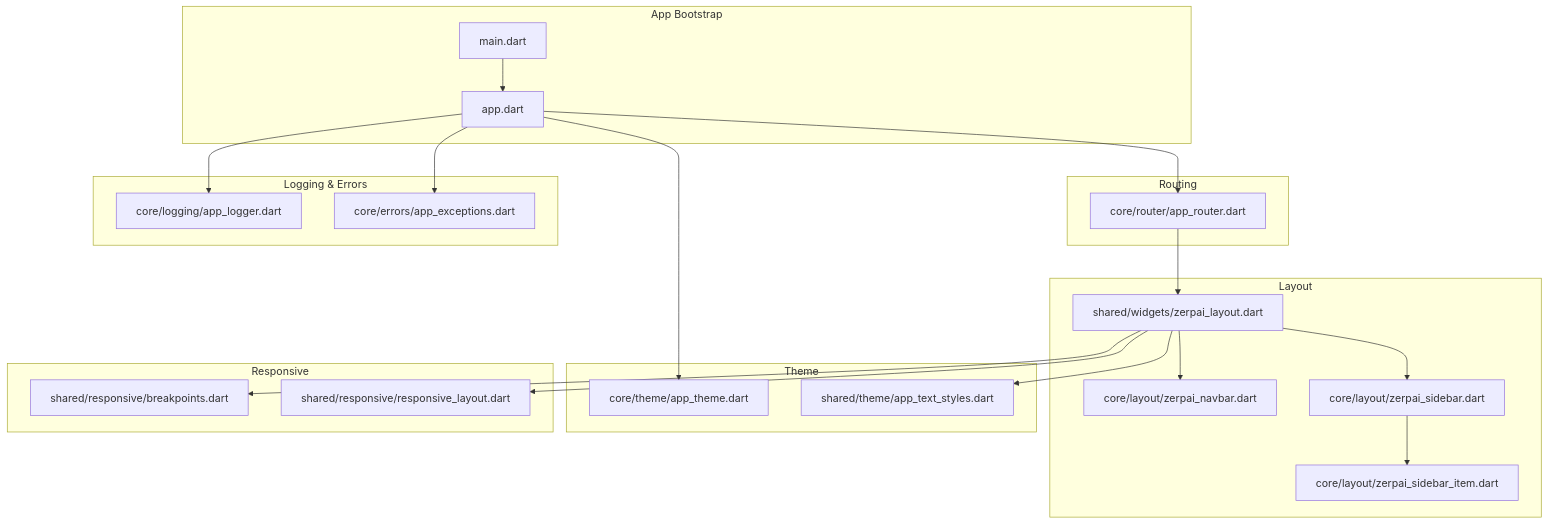
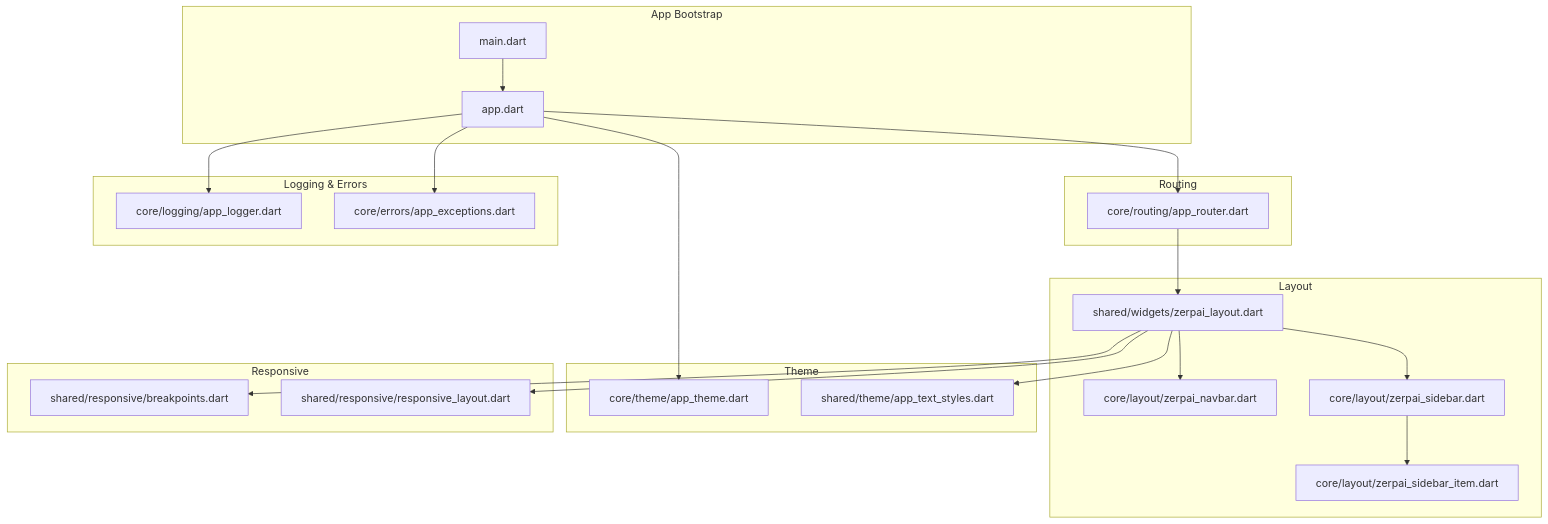
The first of 9 diagrams in repowiki/en/content/Frontend Development/Core Infrastructure.md (ARUNTHOMAS3/trans), drawn with Mermaid before and after one commit. The commit also changed 20 other files, not shown here.

Commit message:
feat: Add initial database schema, core settings pages, vendor management UI, and product requirements documentation.

````diff
--- a/repowiki/en/content/Frontend Development/Core Infrastructure.md
+++ b/repowiki/en/content/Frontend Development/Core Infrastructure.md
@@ -49,40 +49,40 @@
 ```mermaid
 graph TB
 subgraph "App Bootstrap"
 MAIN["main.dart"]
 APP["app.dart"]
 end
 subgraph "Routing"
-ROUTER["core/router/app_router.dart"]
+ROUTER["core/routing/app_router.dart"]
 end
 subgraph "Layout"
 LAYOUT["shared/widgets/zerpai_layout.dart"]
 NAVBAR["core/layout/zerpai_navbar.dart"]
 SIDEBAR["core/layout/zerpai_sidebar.dart"]
 SIDEBAR_ITEM["core/layout/zerpai_sidebar_item.dart"]
 end
 subgraph "Theme"
 THEME_CORE["core/theme/app_theme.dart"]
 THEME_SHARED["shared/theme/app_text_styles.dart"]
 end
 subgraph "Responsive"
 BP["shared/responsive/breakpoints.dart"]
 RL["shared/responsive/responsive_layout.dart"]
 end
 subgraph "Logging & Errors"
 LOGGER["core/logging/app_logger.dart"]
 EXC["core/errors/app_exceptions.dart"]
 end
 MAIN --> APP
 APP --> ROUTER
 ROUTER --> LAYOUT
 LAYOUT --> NAVBAR
 LAYOUT --> SIDEBAR
 SIDEBAR --> SIDEBAR_ITEM
 APP --> THEME_CORE
 LAYOUT --> THEME_SHARED
 LAYOUT --> BP
 LAYOUT --> RL
 APP --> LOGGER
 APP --> EXC
 ```
````
